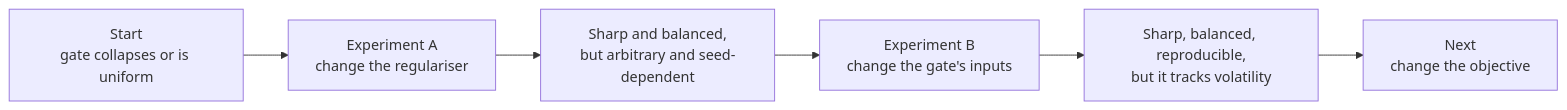
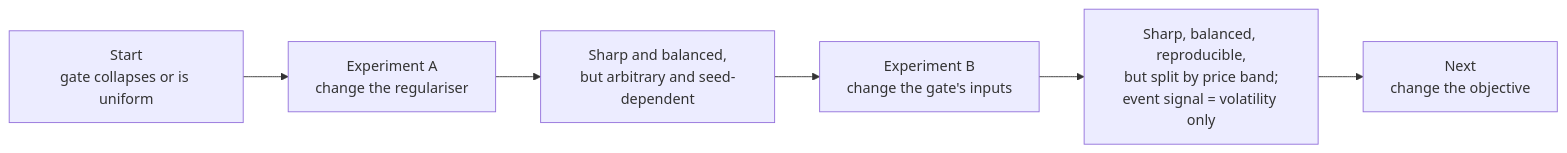
One commit to Daniel3178/fibo-agent-platform changed diagram 22 of 23 in study/summary.md. Above: the diagram before and after it, drawn with Mermaid. The commit also changed other lines of this file and 10 other files, not shown here.

````diff
--- a/study/summary.md
+++ b/study/summary.md
@@ -892,8 +1111,8 @@
 ```mermaid
 flowchart LR
     S0["Start<br/>gate collapses or is uniform"] --> S1["Experiment A<br/>change the regulariser"]
     S1 --> R1["Sharp and balanced,<br/>but arbitrary and seed-dependent"]
     R1 --> S2["Experiment B<br/>change the gate's inputs"]
-    S2 --> R2["Sharp, balanced, reproducible,<br/>but it tracks volatility"]
+    S2 --> R2["Sharp, balanced, reproducible,<br/>but split by price band;<br/>event signal = volatility only"]
     R2 --> S3["Next<br/>change the objective"]
 ```
````
